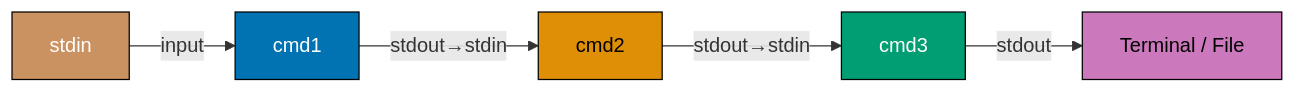
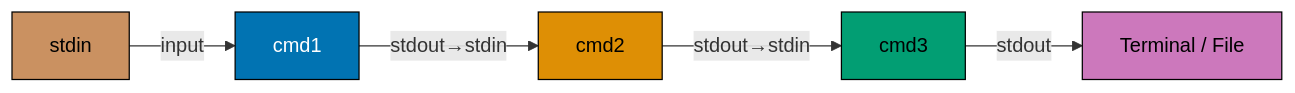
Before and after one commit to wahidyankf/ose-public: the seventh of 15 diagrams in apps/ayokoding-www/content/en/learn/legacy/software-engineering/platforms/linux/tools/shell/by-example/beginner.md, drawn with Mermaid. The commit also changed other lines of this file and 130 other files, not shown here.

First line of the commit message:
fix(mermaid): bring the legacy platforms diagrams onto the accessible palette

````diff
--- a/apps/ayokoding-www/content/en/learn/legacy/software-engineering/platforms/linux/tools/shell/by-example/beginner.md
+++ b/apps/ayokoding-www/content/en/learn/legacy/software-engineering/platforms/linux/tools/shell/by-example/beginner.md
@@ -674,14 +716,22 @@
 ```mermaid
 %% Color Palette: Blue #0173B2, Orange #DE8F05, Teal #029E73, Purple #CC78BC, Brown #CA9161
 graph LR
+    accTitle: Diagram
+    accDescr: Graph with 5 nodes and 4 connections. Nodes: cmd1, cmd2, cmd3, Terminal / File, stdin. Connections: cmd1 to cmd2 (stdout→stdin), cmd2 to cmd3 (stdout→stdin), cmd3 to Terminal / File (stdout), stdin to cmd1 (input).
     A[cmd1] -->|stdout→stdin| B[cmd2]
     B -->|stdout→stdin| C[cmd3]
     C -->|stdout| D[Terminal / File]
     E[stdin] -->|input| A
 
-    style A fill:#0173B2,stroke:#000,color:#fff
-    style B fill:#DE8F05,stroke:#000,color:#000
-    style C fill:#029E73,stroke:#000,color:#fff
-    style D fill:#CC78BC,stroke:#000,color:#000
-    style E fill:#CA9161,stroke:#000,color:#fff
+    classDef pal-0173B2 fill:#0173B2,stroke:#000000,color:#FFFFFF
+    class A pal-0173B2
+    classDef pal-DE8F05 fill:#DE8F05,stroke:#000000,color:#000000
+    class B pal-DE8F05
+    classDef pal-029E73 fill:#029E73,stroke:#000000,color:#000000
+    class C pal-029E73
+    classDef pal-CC78BC fill:#CC78BC,stroke:#000000,color:#000000
+    class D pal-CC78BC
+    classDef pal-CA9161 fill:#CA9161,stroke:#000000,color:#000000
+    class E pal-CA9161
+    classDef default fill:#FFFFFF,stroke:#000000,color:#000000
 ```
````
